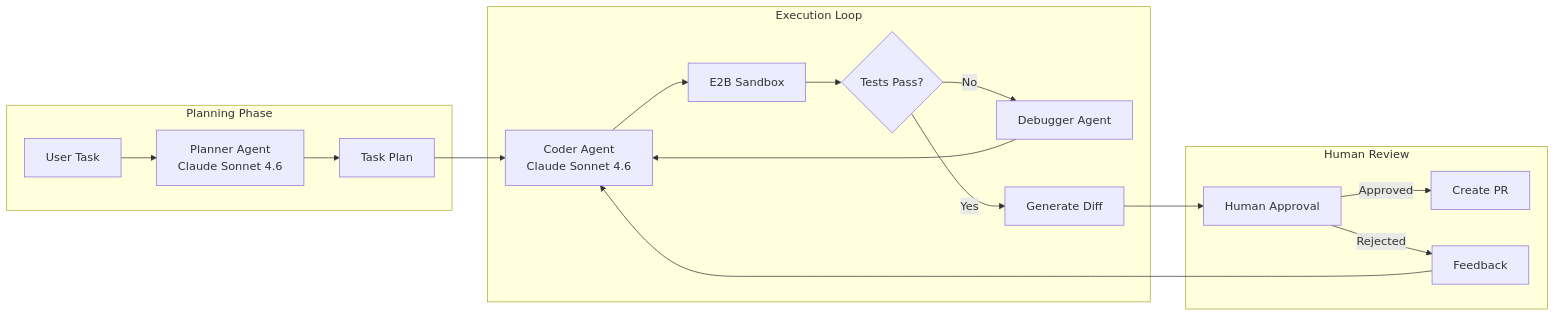
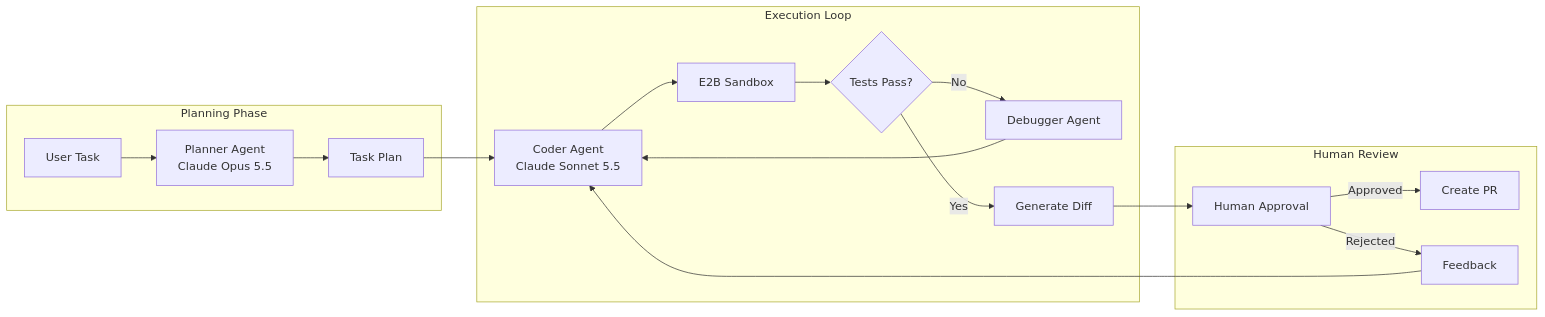
The first of 2 diagrams in 16-case-studies/07-autonomous-coding-agent.md (ChiHoc/ai-system-design-guide-zh), drawn with Mermaid before and after one commit. The commit also changed other lines of this file and 149 other files, not shown here.

````diff
--- a/16-case-studies/07-autonomous-coding-agent.md
+++ b/16-case-studies/07-autonomous-coding-agent.md
@@ -23,23 +23,23 @@
 ```mermaid
 flowchart LR
     subgraph Planning["Planning Phase"]
-        TASK[User Task] --> PLANNER[Planner Agent<br/>Claude Sonnet 4.6]
+        TASK[User Task] --> PLANNER[Planner Agent<br/>Claude Opus 5.5]
         PLANNER --> PLAN[Task Plan]
     end
 
     subgraph Execution["Execution Loop"]
-        PLAN --> CODER[Coder Agent<br/>Claude Sonnet 4.6]
+        PLAN --> CODER[Coder Agent<br/>Claude Sonnet 5.5]
         CODER --> SANDBOX[E2B Sandbox]
         SANDBOX --> TESTS{Tests Pass?}
         TESTS -->|No| DEBUGGER[Debugger Agent]
         DEBUGGER --> CODER
         TESTS -->|Yes| DIFF[Generate Diff]
     end
 
     subgraph Review["Human Review"]
         DIFF --> HITL[Human Approval]
         HITL -->|Approved| PR[Create PR]
         HITL -->|Rejected| FEEDBACK[Feedback]
         FEEDBACK --> CODER
     end
 ```
````
